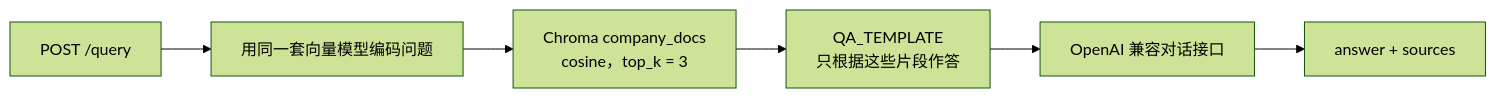
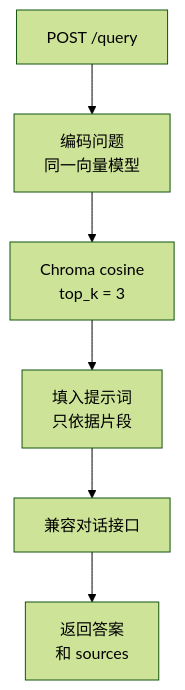
The diagram in docs/guides/llamaindex-rag-demo.md (mengfei0053/Blog), drawn with Mermaid (forest theme) before and after one commit. The commit also changed other lines of this file, not shown here.

Commit message:
docs: keep the RAG query diagram readable
Use markdown links so MDX builds, and wrap Mermaid labels so the
query path stays inside the theme's node width.

````diff
--- a/docs/guides/llamaindex-rag-demo.md
+++ b/docs/guides/llamaindex-rag-demo.md
@@ -50,8 +50,8 @@
 ```mermaid
-flowchart LR
-  Q["POST /query"] --> Emb["用同一套向量模型编码问题"]
-  Emb --> Store["Chroma company_docs<br/>cosine，top_k = 3"]
-  Store --> Prompt["QA_TEMPLATE<br/>只根据这些片段作答"]
-  Prompt --> LLM["OpenAI 兼容对话接口"]
-  LLM --> Out["answer + sources"]
+flowchart TB
+  Q["POST /query"] --> Emb["编码问题<br/>同一向量模型"]
+  Emb --> Store["Chroma cosine<br/>top_k = 3"]
+  Store --> Prompt["填入提示词<br/>只依据片段"]
+  Prompt --> LLM["兼容对话接口"]
+  LLM --> Out["返回答案<br/>和 sources"]
 ```
````
